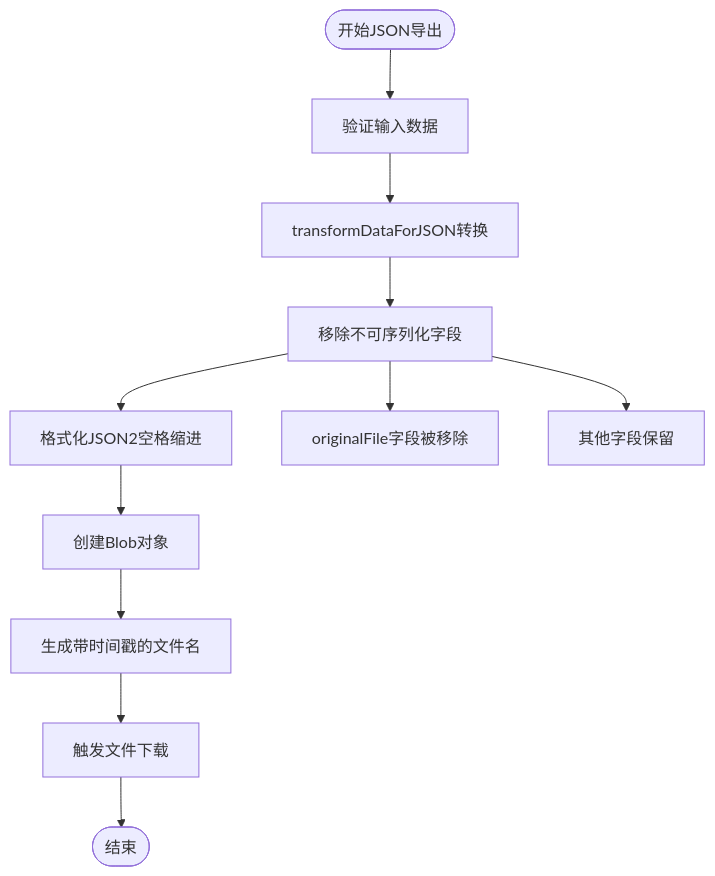
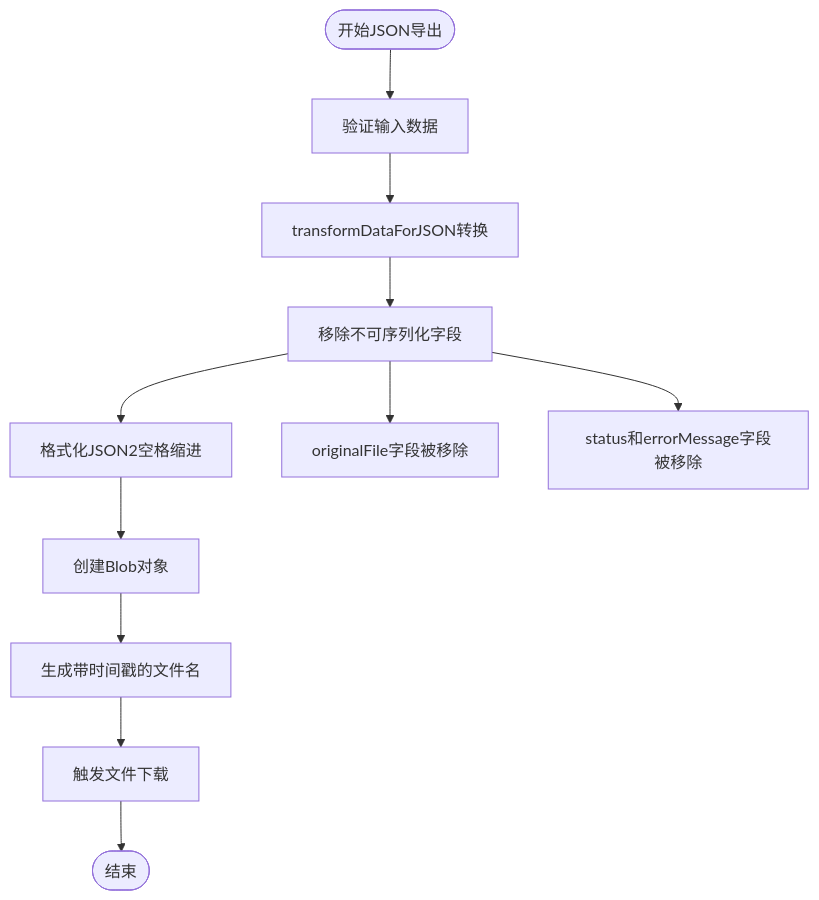
The seventh of 11 diagrams in .qoder/repowiki/zh/content/组合式函数/数据导出组合式函数.md (dunhuixiao/FinanceTools), drawn with Mermaid before and after one commit. The commit also changed other lines of this file and 4 other files, not shown here.

````diff
--- a/.qoder/repowiki/zh/content/组合式函数/数据导出组合式函数.md
+++ b/.qoder/repowiki/zh/content/组合式函数/数据导出组合式函数.md
@@ -268,13 +259,13 @@
 ```mermaid
 flowchart TD
 Start([开始JSON导出]) --> ValidateData["验证输入数据"]
 ValidateData --> Transform["transformDataForJSON转换"]
 Transform --> RemoveFields["移除不可序列化字段"]
 RemoveFields --> FormatJSON["格式化JSON2空格缩进"]
 FormatJSON --> CreateBlob["创建Blob对象"]
 CreateBlob --> GenerateName["生成带时间戳的文件名"]
 GenerateName --> Download["触发文件下载"]
 Download --> End([结束])
 RemoveFields --> OriginalFile["originalFile字段被移除"]
-RemoveFields --> OtherFields["其他字段保留"]
+RemoveFields --> StatusFields["status和errorMessage字段被移除"]
 ```
````
